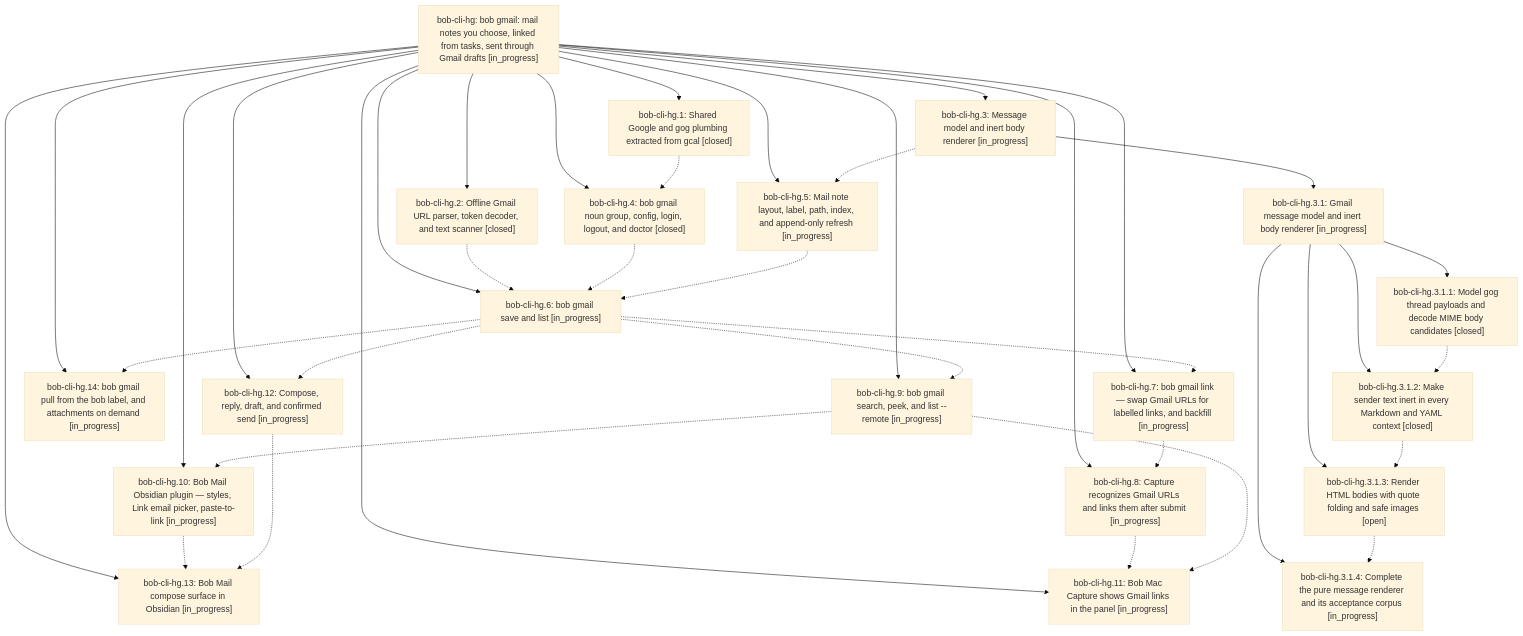
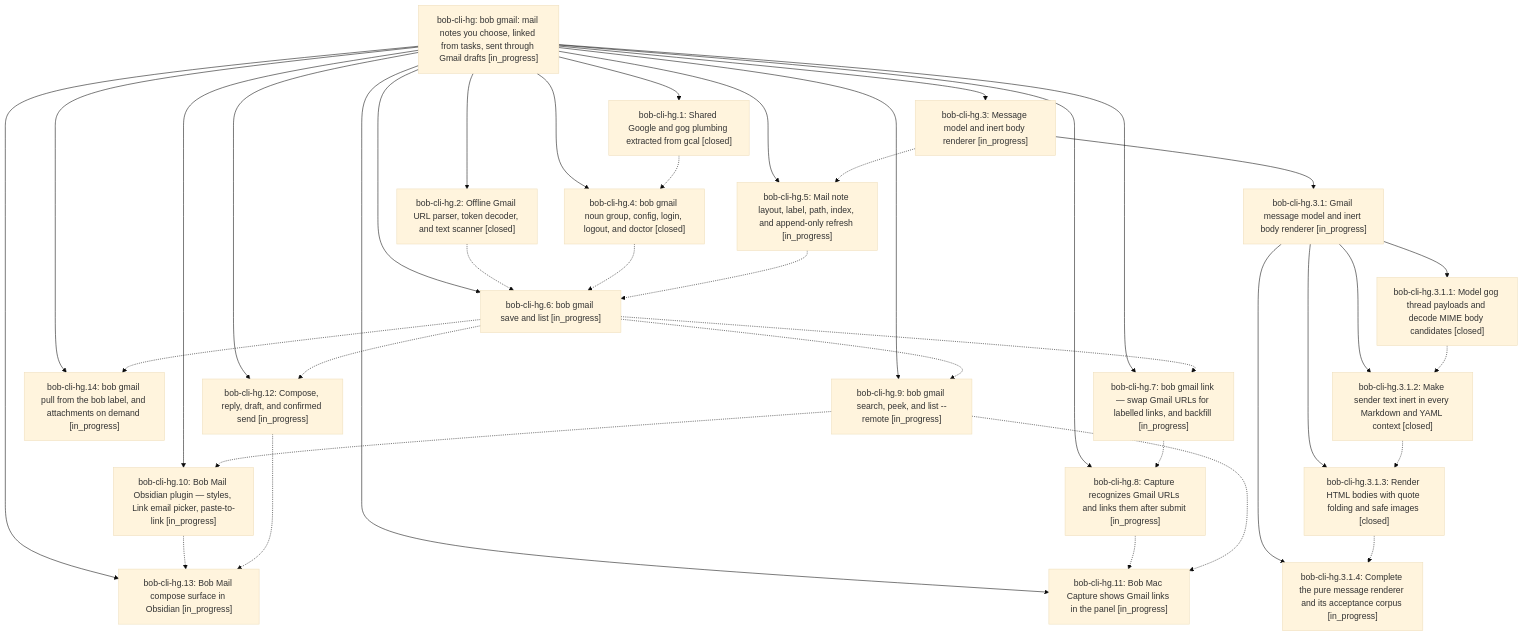
One commit to bobs-org/bob-cli--beads changed the diagram in pages/bob-cli-hg/README.md. Above: the diagram before and after it, drawn with Mermaid (base theme). The commit also changed other lines of this file and 4 other files, not shown here.

First line of the commit message:
chore(beads): sync bead state and pages for bob-cli-hg

````diff
--- a/pages/bob-cli-hg/README.md
+++ b/pages/bob-cli-hg/README.md
@@ -53,60 +53,60 @@
 ```mermaid
 flowchart TD
     n0["bob-cli-hg: bob gmail: mail notes you choose, linked from tasks, sent through Gmail drafts [in_progress]"]
     n1["bob-cli-hg.1: Shared Google and gog plumbing extracted from gcal [closed]"]
     n2["bob-cli-hg.10: Bob Mail Obsidian plugin — styles, Link email picker, paste-to-link [in_progress]"]
     n3["bob-cli-hg.11: Bob Mac Capture shows Gmail links in the panel [in_progress]"]
     n4["bob-cli-hg.12: Compose, reply, draft, and confirmed send [in_progress]"]
     n5["bob-cli-hg.13: Bob Mail compose surface in Obsidian [in_progress]"]
     n6["bob-cli-hg.14: bob gmail pull from the bob label, and attachments on demand [in_progress]"]
     n7["bob-cli-hg.2: Offline Gmail URL parser, token decoder, and text scanner [closed]"]
     n8["bob-cli-hg.3: Message model and inert body renderer [in_progress]"]
     n9["bob-cli-hg.3.1: Gmail message model and inert body renderer [in_progress]"]
     n10["bob-cli-hg.3.1.1: Model gog thread payloads and decode MIME body candidates [closed]"]
     n11["bob-cli-hg.3.1.2: Make sender text inert in every Markdown and YAML context [closed]"]
-    n12["bob-cli-hg.3.1.3: Render HTML bodies with quote folding and safe images [open]"]
+    n12["bob-cli-hg.3.1.3: Render HTML bodies with quote folding and safe images [closed]"]
     n13["bob-cli-hg.3.1.4: Complete the pure message renderer and its acceptance corpus [in_progress]"]
     n14["bob-cli-hg.4: bob gmail noun group, config, login, logout, and doctor [closed]"]
     n15["bob-cli-hg.5: Mail note layout, label, path, index, and append-only refresh [in_progress]"]
     n16["bob-cli-hg.6: bob gmail save and list [in_progress]"]
     n17["bob-cli-hg.7: bob gmail link — swap Gmail URLs for labelled links, and backfill [in_progress]"]
     n18["bob-cli-hg.8: Capture recognizes Gmail URLs and links them after submit [in_progress]"]
     n19["bob-cli-hg.9: bob gmail search, peek, and list --remote [in_progress]"]
     n0 --> n1
     n0 --> n2
     n0 --> n3
     n0 --> n4
     n0 --> n5
     n0 --> n6
     n0 --> n7
     n0 --> n8
     n8 --> n9
     n9 --> n10
     n9 --> n11
     n9 --> n12
     n9 --> n13
     n0 --> n14
     n0 --> n15
     n0 --> n16
     n0 --> n17
     n0 --> n18
     n0 --> n19
     n1 -.-> n14
     n2 -.-> n5
     n4 -.-> n5
     n7 -.-> n16
     n8 -.-> n15
     n10 -.-> n11
     n11 -.-> n12
     n12 -.-> n13
     n14 -.-> n16
     n15 -.-> n16
     n16 -.-> n4
     n16 -.-> n6
     n16 -.-> n17
     n16 -.-> n19
     n17 -.-> n18
     n18 -.-> n3
     n19 -.-> n2
     n19 -.-> n3
 ```
````
